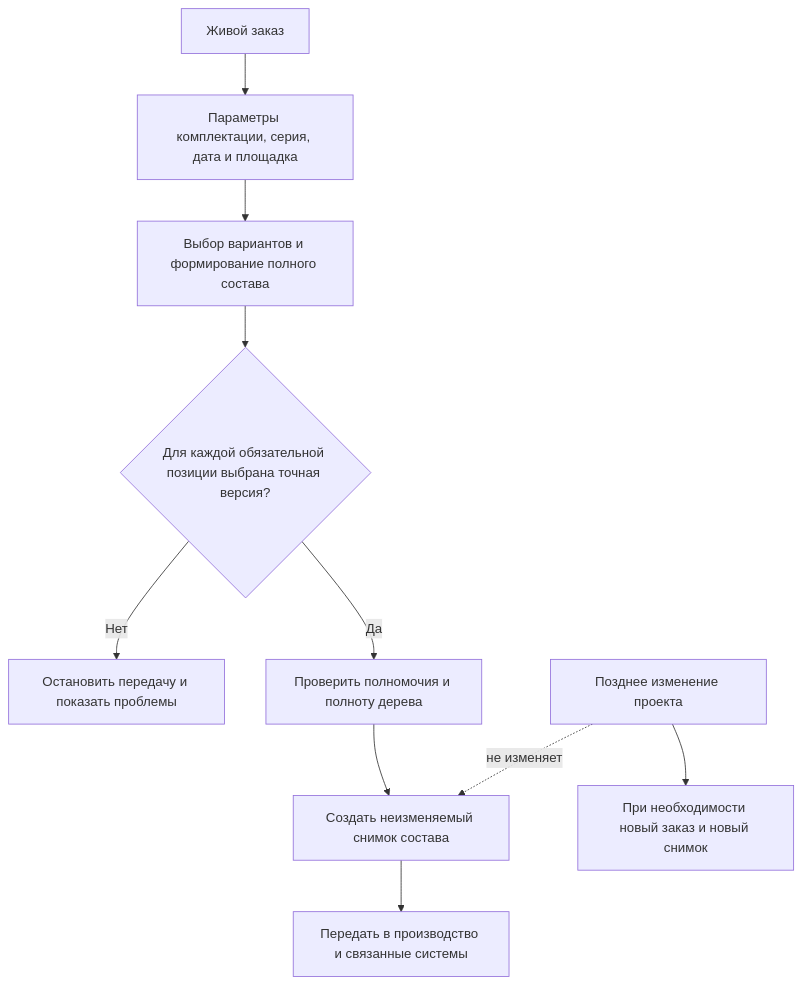
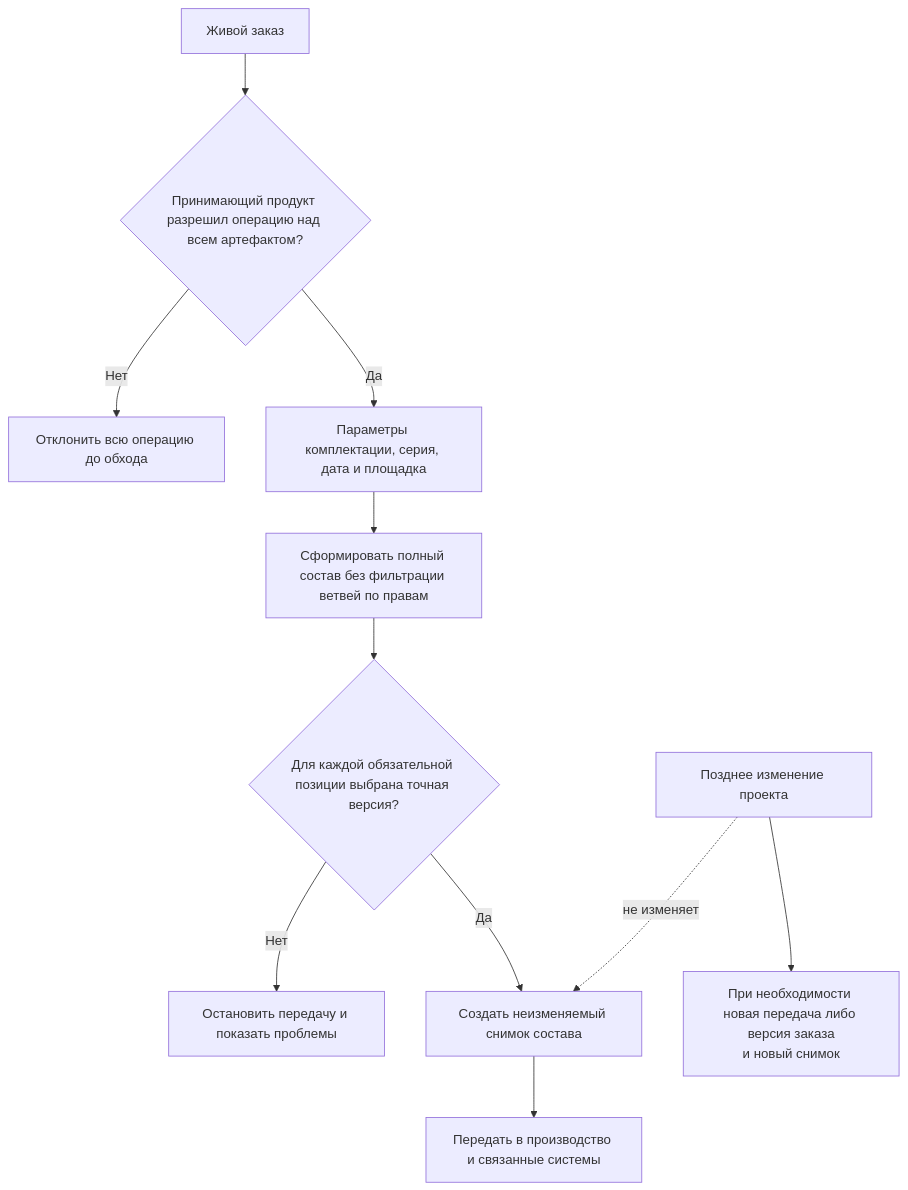
The diagram in wiki/Selection-order-snapshot.md (ZelAnton/Interlink-product-book), drawn with Mermaid before and after one commit. The commit also changed other lines of this file and 67 other files, not shown here.

````diff
--- a/wiki/Selection-order-snapshot.md
+++ b/wiki/Selection-order-snapshot.md
@@ -33,12 +33,13 @@
 ```mermaid
 flowchart TD
-    A["Живой заказ"] --> B["Параметры комплектации, серия, дата и площадка"]
-    B --> C["Выбор вариантов и формирование полного состава"]
+    A["Живой заказ"] --> P{"Принимающий продукт разрешил операцию над всем артефактом?"}
+    P -->|"Нет"| Q["Отклонить всю операцию до обхода"]
+    P -->|"Да"| B["Параметры комплектации, серия, дата и площадка"]
+    B --> C["Сформировать полный состав без фильтрации ветвей по правам"]
     C --> D{"Для каждой обязательной позиции выбрана точная версия?"}
     D -->|Нет| E["Остановить передачу и показать проблемы"]
-    D -->|Да| F["Проверить полномочия и полноту дерева"]
-    F --> G["Создать неизменяемый снимок состава"]
+    D -->|Да| G["Создать неизменяемый снимок состава"]
     G --> H["Передать в производство и связанные системы"]
     I["Позднее изменение проекта"] -.->|не изменяет| G
-    I --> J["При необходимости новый заказ и новый снимок"]
+    I --> J["При необходимости новая передача либо версия заказа<br/>и новый снимок"]
 ```
````
